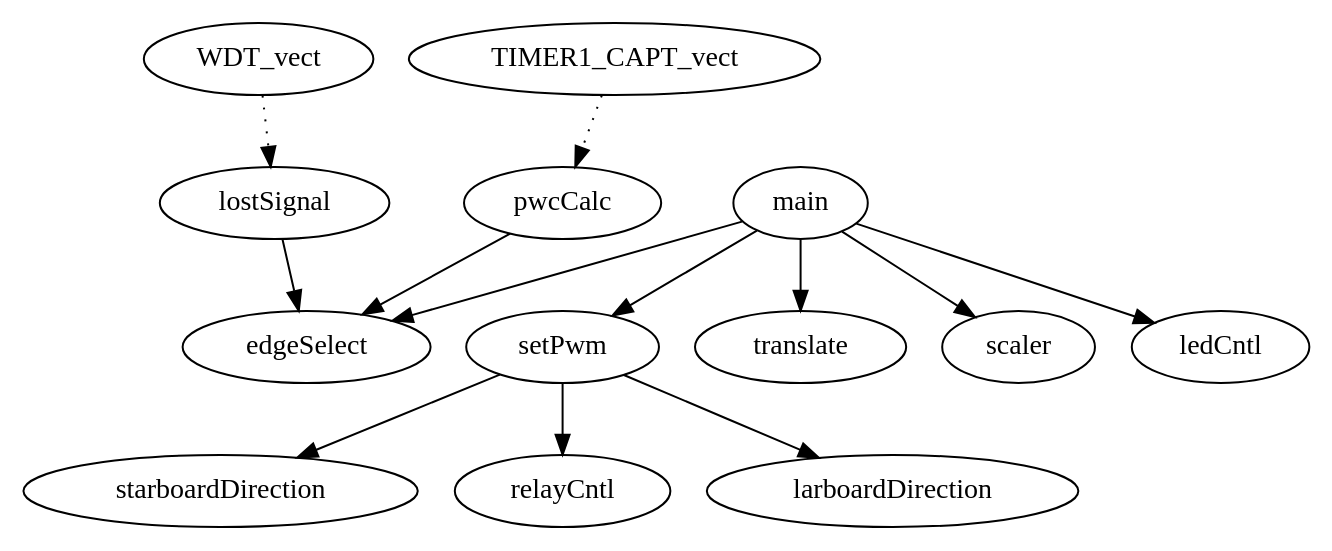
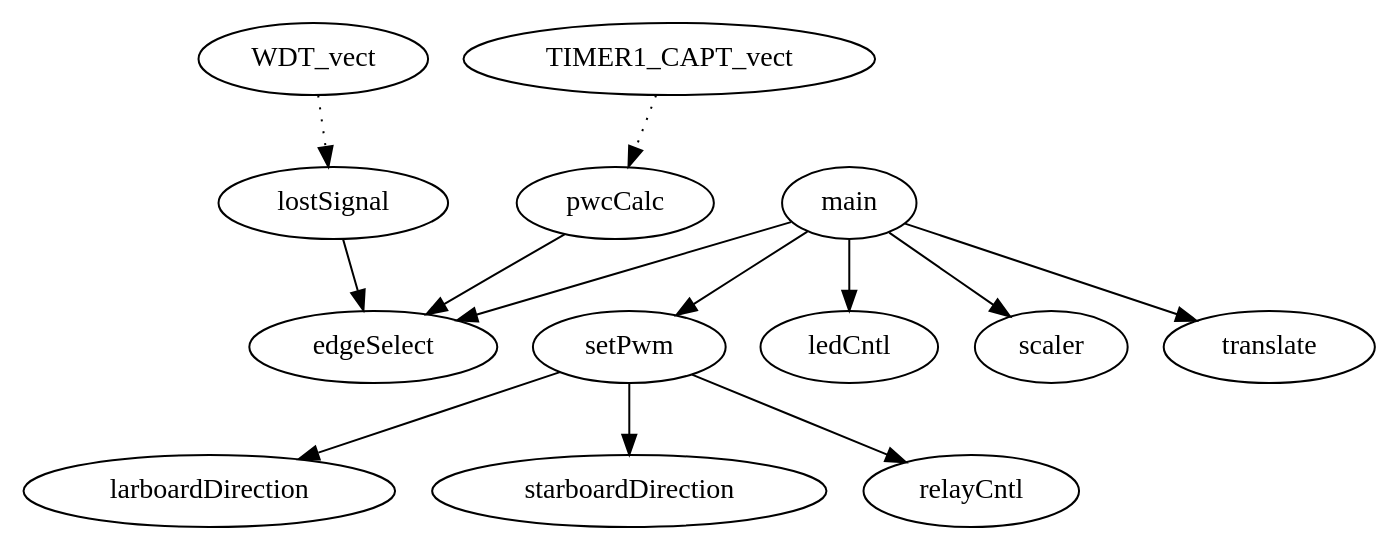
The diagram in Firmware/Propulsion/piruett.dot (bjornburton/champbot), drawn with Graphviz before and after one commit. The commit also changed other lines of this file and 7 other files, not shown here.

```diff
--- a/Firmware/Propulsion/piruett.dot
+++ b/Firmware/Propulsion/piruett.dot
@@ -1,14 +1,14 @@
 digraph callgraph {
-"pwcCalc" -> "edgeSelect" [style=solid];
+"WDT_vect" -> "lostSignal" [style=dotted];
+"setPwm" -> "larboardDirection" [style=solid];
 "setPwm" -> "starboardDirection" [style=solid];
 "setPwm" -> "relayCntl" [style=solid];
-"setPwm" -> "larboardDirection" [style=solid];
-"WDT_vect" -> "lostSignal" [style=dotted];
-"TIMER1_CAPT_vect" -> "pwcCalc" [style=dotted];
-"main" -> "translate" [style=solid];
+"pwcCalc" -> "edgeSelect" [style=solid];
 "main" -> "edgeSelect" [style=solid];
+"main" -> "ledCntl" [style=solid];
 "main" -> "setPwm" [style=solid];
 "main" -> "scaler" [style=solid];
-"main" -> "ledCntl" [style=solid];
+"main" -> "translate" [style=solid];
+"TIMER1_CAPT_vect" -> "pwcCalc" [style=dotted];
 "lostSignal" -> "edgeSelect" [style=solid];
 }
```
